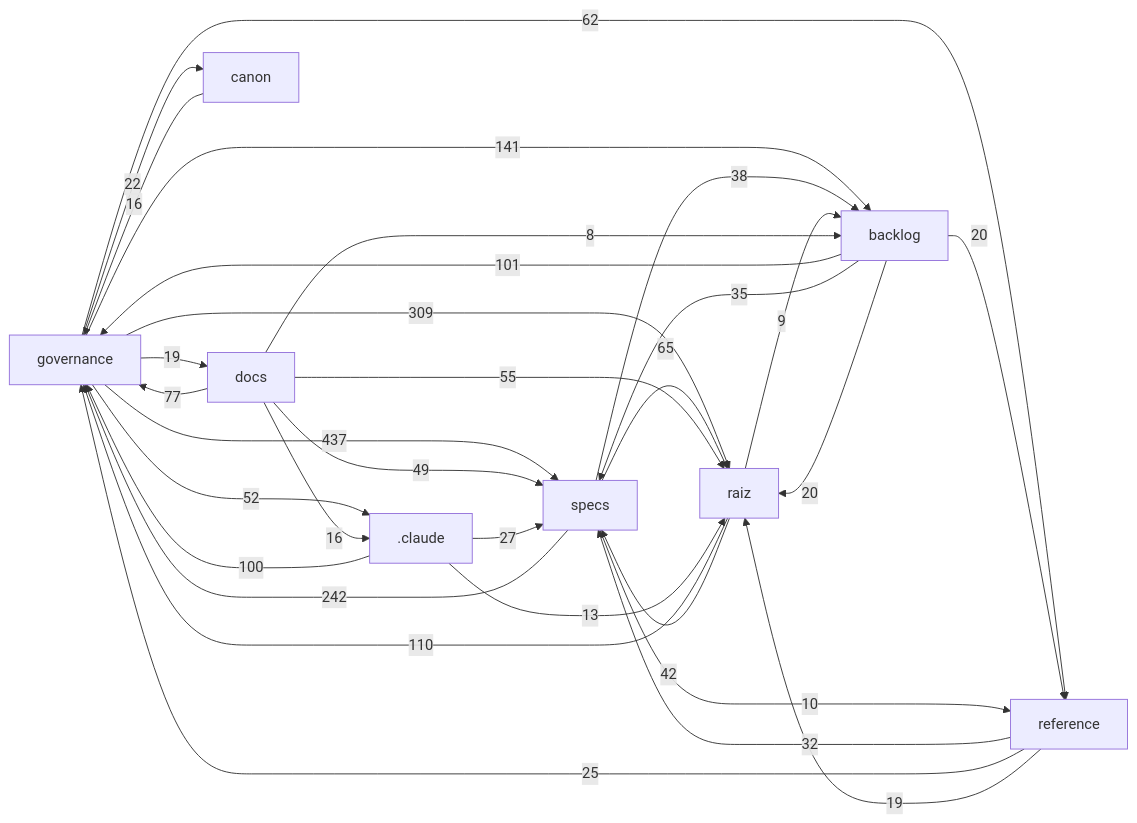
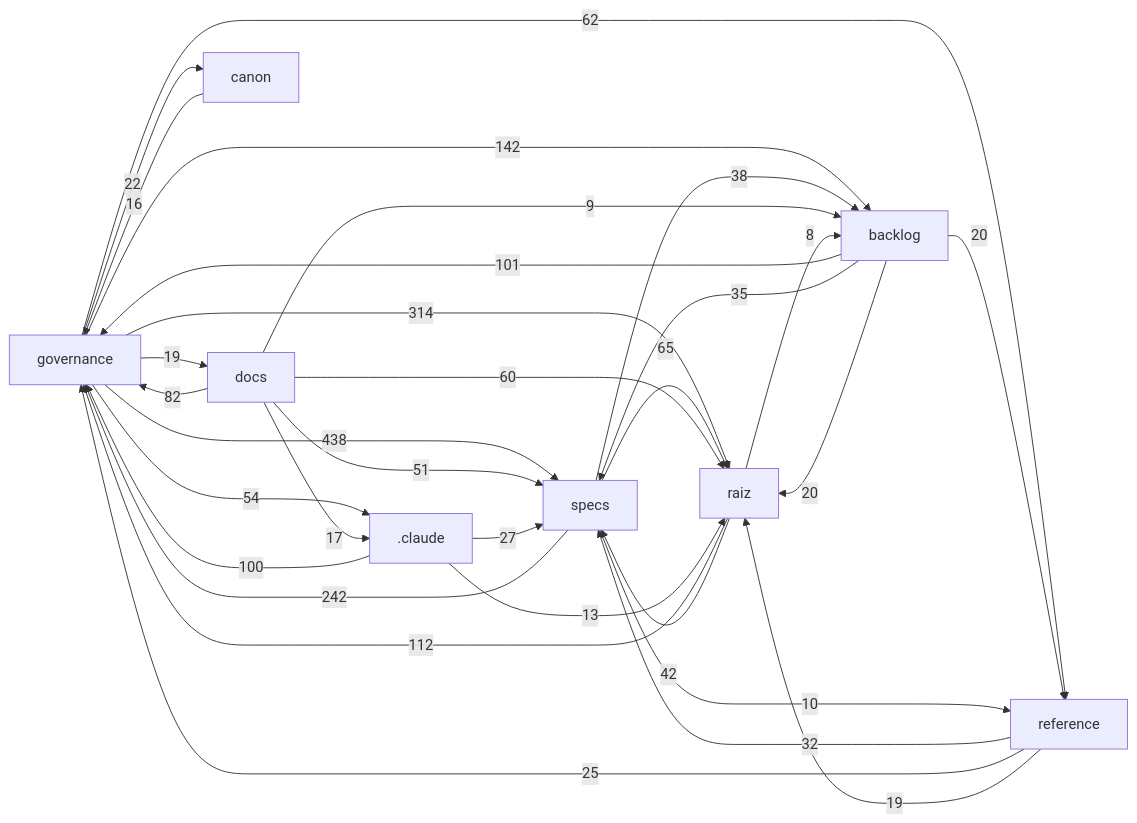
One commit to Andraus35/Sistema-Operacional-de-Trading--SOT changed the diagram in docs/mapa/MAPA-PROJETO.md. Above: the diagram before and after it, drawn with Mermaid. The commit also changed other lines of this file and 4 other files, not shown here.

````diff
--- a/docs/mapa/MAPA-PROJETO.md
+++ b/docs/mapa/MAPA-PROJETO.md
@@ -29,33 +29,33 @@
 ```mermaid
 flowchart LR
-  governance["governance"] -->|437| specs["specs"]
-  governance["governance"] -->|309| raiz["raiz"]
+  governance["governance"] -->|438| specs["specs"]
+  governance["governance"] -->|314| raiz["raiz"]
   specs["specs"] -->|242| governance["governance"]
-  governance["governance"] -->|141| backlog["backlog"]
-  raiz["raiz"] -->|110| governance["governance"]
+  governance["governance"] -->|142| backlog["backlog"]
+  raiz["raiz"] -->|112| governance["governance"]
   backlog["backlog"] -->|101| governance["governance"]
   _claude[".claude"] -->|100| governance["governance"]
-  docs["docs"] -->|77| governance["governance"]
+  docs["docs"] -->|82| governance["governance"]
   specs["specs"] -->|65| raiz["raiz"]
   governance["governance"] -->|62| reference["reference"]
-  docs["docs"] -->|55| raiz["raiz"]
-  governance["governance"] -->|52| _claude[".claude"]
-  docs["docs"] -->|49| specs["specs"]
+  docs["docs"] -->|60| raiz["raiz"]
+  governance["governance"] -->|54| _claude[".claude"]
+  docs["docs"] -->|51| specs["specs"]
   raiz["raiz"] -->|42| specs["specs"]
   specs["specs"] -->|38| backlog["backlog"]
   backlog["backlog"] -->|35| specs["specs"]
   reference["reference"] -->|32| specs["specs"]
   _claude[".claude"] -->|27| specs["specs"]
   reference["reference"] -->|25| governance["governance"]
   governance["governance"] -->|22| canon["canon"]
   backlog["backlog"] -->|20| raiz["raiz"]
   backlog["backlog"] -->|20| reference["reference"]
   governance["governance"] -->|19| docs["docs"]
   reference["reference"] -->|19| raiz["raiz"]
+  docs["docs"] -->|17| _claude[".claude"]
   canon["canon"] -->|16| governance["governance"]
-  docs["docs"] -->|16| _claude[".claude"]
   _claude[".claude"] -->|13| raiz["raiz"]
   specs["specs"] -->|10| reference["reference"]
-  raiz["raiz"] -->|9| backlog["backlog"]
-  docs["docs"] -->|8| backlog["backlog"]
+  docs["docs"] -->|9| backlog["backlog"]
+  raiz["raiz"] -->|8| backlog["backlog"]
 ```
````
